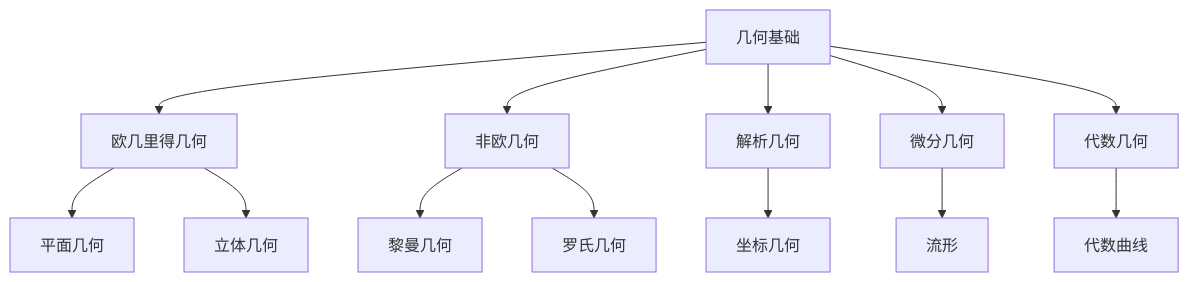
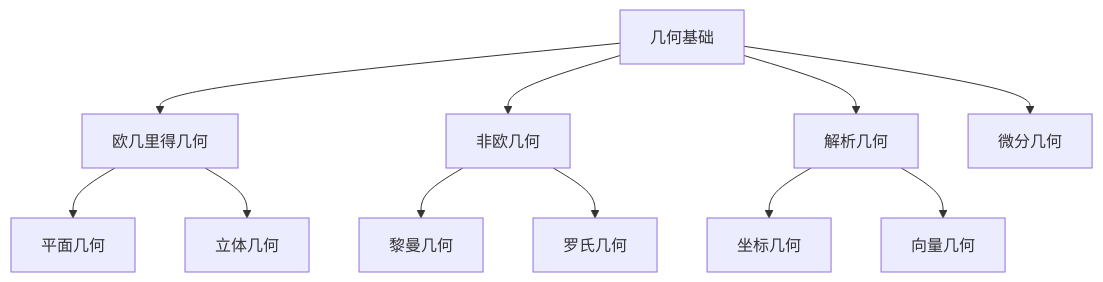
The diagram in Analysis/02-数学理论体系/03-几何基础.md (AdaMartin18010/formal-architecture), drawn with Mermaid before and after one commit. The commit also changed other lines of this file and 63 other files, not shown here.

````diff
--- a/Analysis/02-数学理论体系/03-几何基础.md
+++ b/Analysis/02-数学理论体系/03-几何基础.md
@@ -30,15 +56,13 @@
 ```mermaid
 graph TD
   A[几何基础] --> B1[欧几里得几何]
   A --> B2[非欧几何]
   A --> B3[解析几何]
   A --> B4[微分几何]
-  A --> B5[代数几何]
   B1 --> C1[平面几何]
   B1 --> C2[立体几何]
   B2 --> C3[黎曼几何]
   B2 --> C4[罗氏几何]
   B3 --> C5[坐标几何]
-  B4 --> C6[流形]
-  B5 --> C7[代数曲线]
+  B3 --> C6[向量几何]
 ```
````
